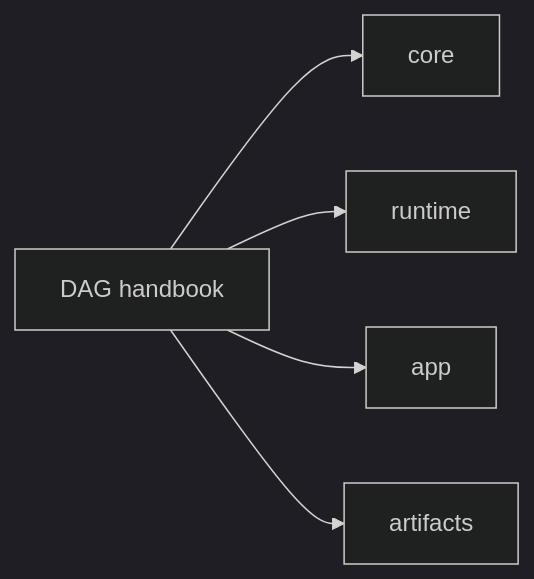
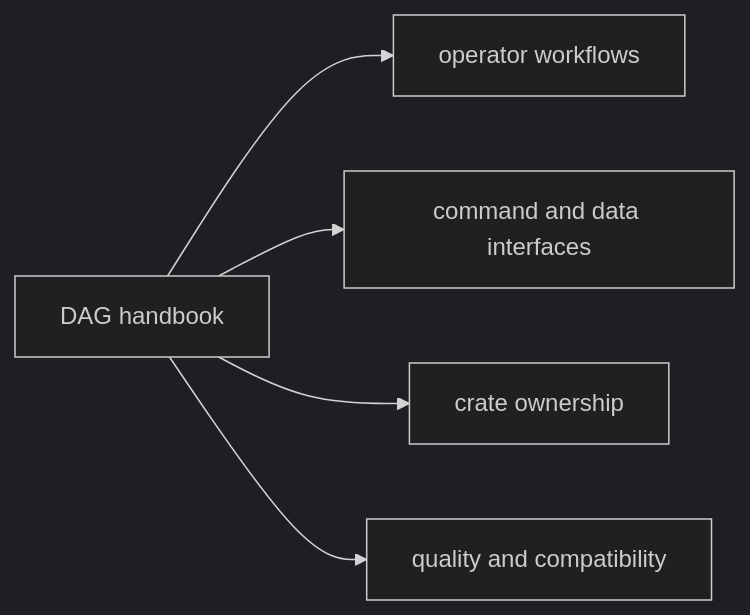
The diagram in docs/bijux-dag/index.md (bijux/bijux-cli), drawn with Mermaid (dark theme) before and after one commit. The commit also changed other lines of this file and 2 other files, not shown here.

Commit message:
docs(dag): rebuild handbook entrypoints

````diff
--- a/docs/bijux-dag/index.md
+++ b/docs/bijux-dag/index.md
@@ -57,7 +63,7 @@
 ```mermaid
 flowchart LR
-    handbook["DAG handbook"] --> core["core"]
-    handbook --> runtime["runtime"]
-    handbook --> app["app"]
-    handbook --> artifacts["artifacts"]
+    handbook["DAG handbook"] --> operators["operator workflows"]
+    handbook --> interfaces["command and data interfaces"]
+    handbook --> packages["crate ownership"]
+    handbook --> quality["quality and compatibility"]
 ```
````
